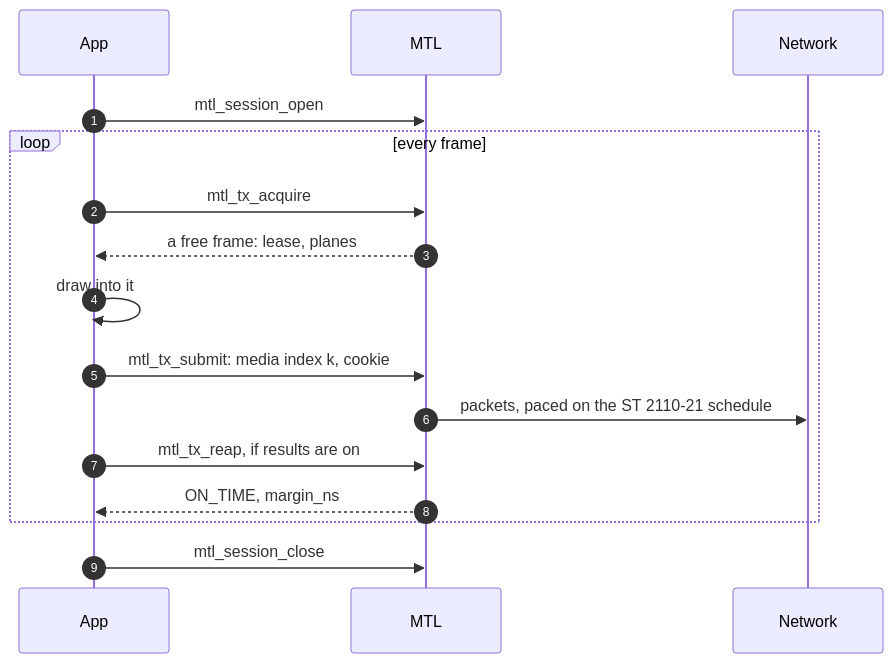
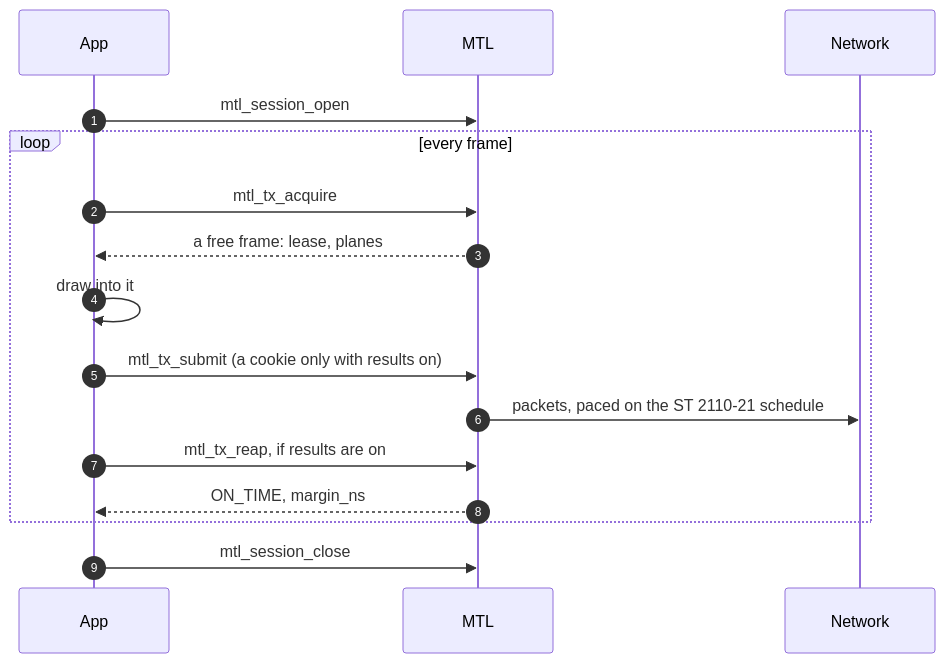
The third of 8 diagrams in doc/unified-api/concepts.md (Sakoram/Media-Transport-Library), drawn with Mermaid before and after one commit. The commit also changed other lines of this file and 52 other files, not shown here.

````diff
--- a/doc/unified-api/concepts.md
+++ b/doc/unified-api/concepts.md
@@ -325,18 +352,18 @@
 ```mermaid
 sequenceDiagram
     autonumber
     participant App
     participant M as MTL
     participant N as Network
     App->>M: mtl_session_open
     loop every frame
         App->>M: mtl_tx_acquire
         M-->>App: a free frame: lease, planes
         App->>App: draw into it
-        App->>M: mtl_tx_submit: media index k, cookie
+        App->>M: mtl_tx_submit (a cookie only with results on)
         M->>N: packets, paced on the ST 2110-21 schedule
         App->>M: mtl_tx_reap, if results are on
         M-->>App: ON_TIME, margin_ns
     end
     App->>M: mtl_session_close
 ```
````
